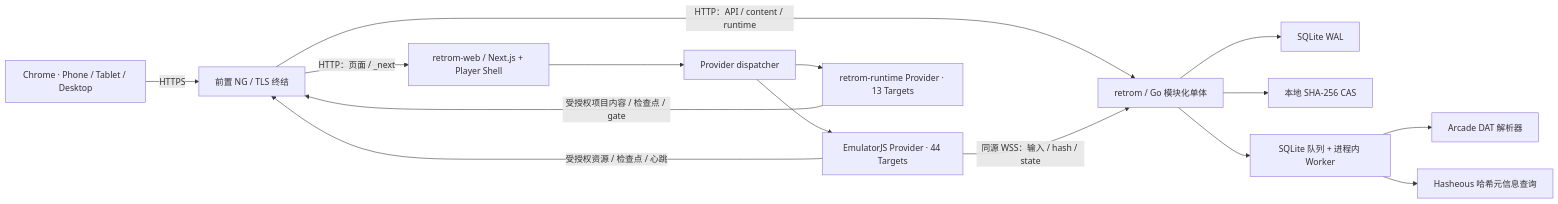
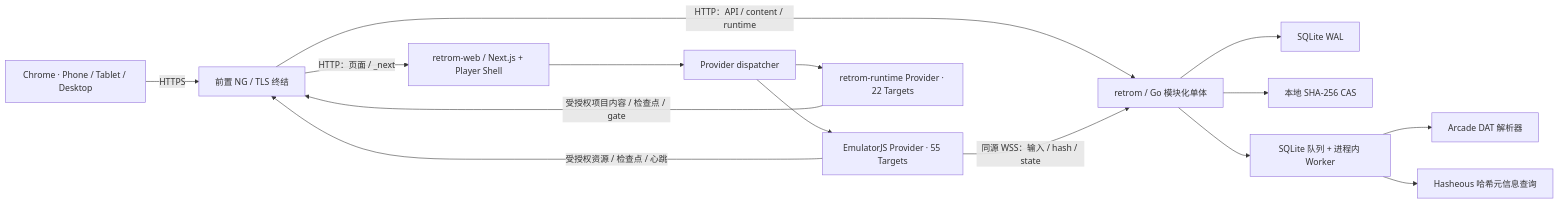
Before and after one commit to retrom-project/retrom: the second of 4 diagrams in docs/retrom-product-architecture.md, drawn with Mermaid. The commit also changed other lines of this file and 1 other file, not shown here.

Commit message:
docs: align provider counts and formal bsnes acceptance

```diff
--- a/docs/retrom-product-architecture.md
+++ b/docs/retrom-product-architecture.md
@@ -207,17 +207,17 @@
 ~~~mermaid
 flowchart LR
     U["Chrome · Phone / Tablet / Desktop"] -->|HTTPS| N["前置 NG / TLS 终结"]
     N -->|HTTP：页面 / _next| W["retrom-web / Next.js + Player Shell"]
     N -->|HTTP：API / content / runtime| S["retrom / Go 模块化单体"]
     W --> PD["Provider dispatcher"]
-    PD --> EP["EmulatorJS Provider · 44 Targets"]
-    PD --> RP["retrom-runtime Provider · 13 Targets"]
+    PD --> EP["EmulatorJS Provider · 55 Targets"]
+    PD --> RP["retrom-runtime Provider · 22 Targets"]
     S --> D["SQLite WAL"]
     S --> B["本地 SHA-256 CAS"]
     S --> J["SQLite 队列 + 进程内 Worker"]
     J --> A["Arcade DAT 解析器"]
     J --> H["Hasheous 哈希元信息查询"]
     EP -->|受授权资源 / 检查点 / 心跳| N
     RP -->|受授权项目内容 / 检查点 / gate| N
     EP -->|同源 WSS：输入 / hash / state| S
 ~~~
```
